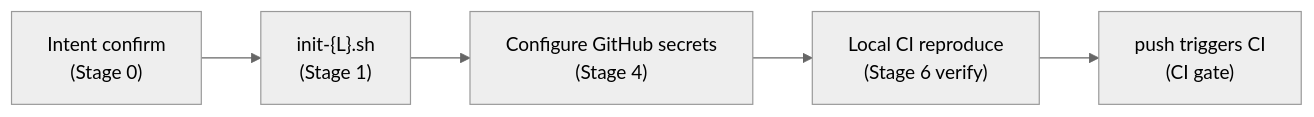
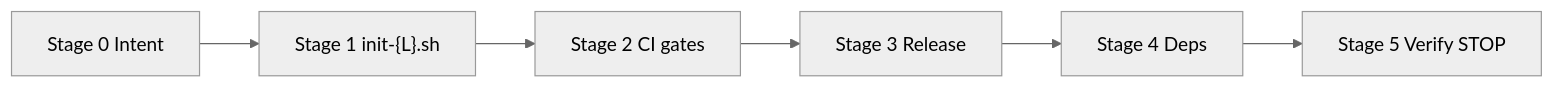
One commit to Kirky-X/pangu changed the diagram in README_EN.md. Above: the diagram before and after it, drawn with Mermaid (neutral theme). The commit also changed other lines of this file and 1 other file, not shown here.

````diff
--- a/README_EN.md
+++ b/README_EN.md
@@ -131,7 +54,4 @@
 ```mermaid
 flowchart LR
-    A["Intent confirm<br/>(Stage 0)"] --> B["init-{L}.sh<br/>(Stage 1)"]
-    B --> C["Configure GitHub secrets<br/>(Stage 4)"]
-    C --> D["Local CI reproduce<br/>(Stage 6 verify)"]
-    D --> E["push triggers CI<br/>(CI gate)"]
+    A["Stage 0 Intent"] --> B["Stage 1 init-{L}.sh"] --> C["Stage 2 CI gates"] --> D["Stage 3 Release"] --> E["Stage 4 Deps"] --> F["Stage 5 Verify STOP"]
 ```
````
